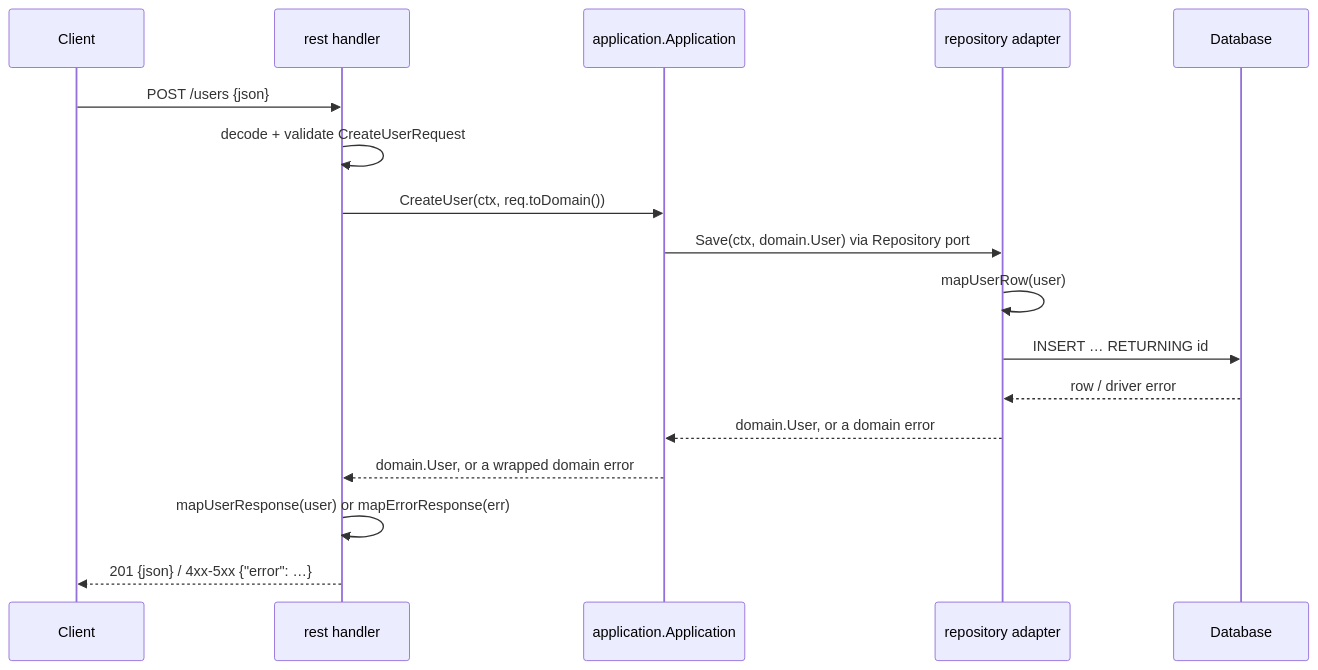
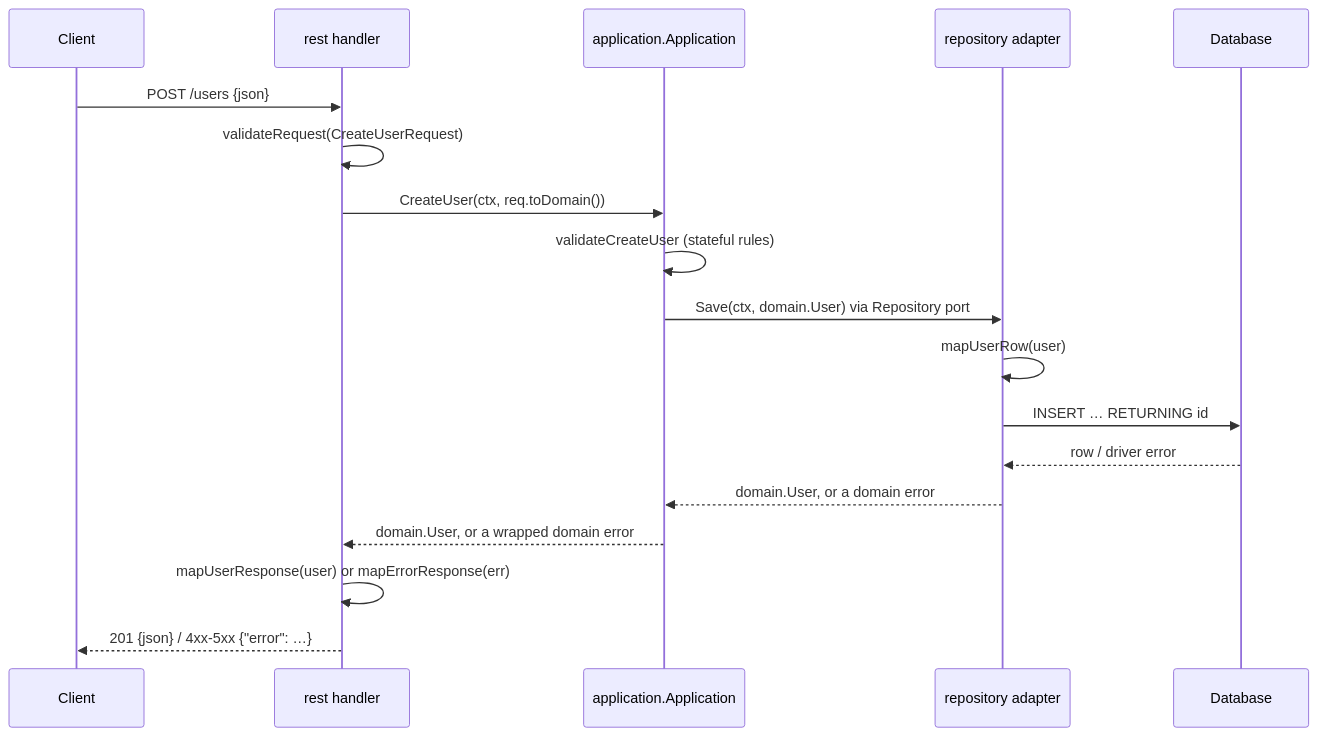
Before and after one commit to drew138/.dotfiles: the second of 2 diagrams in roles/ai/files/skills/go-service/references/architecture.md, drawn with Mermaid. The commit also changed other lines of this file and 61 other files, not shown here.

````diff
--- a/roles/ai/files/skills/go-service/references/architecture.md
+++ b/roles/ai/files/skills/go-service/references/architecture.md
@@ -40,20 +40,21 @@
 ```mermaid
 sequenceDiagram
     participant C as Client
     participant H as rest handler
     participant S as application.Application
     participant R as repository adapter
     participant DB as Database
 
     C->>H: POST /users {json}
-    H->>H: decode + validate CreateUserRequest
+    H->>H: validateRequest(CreateUserRequest)
     H->>S: CreateUser(ctx, req.toDomain())
+    S->>S: validateCreateUser (stateful rules)
     S->>R: Save(ctx, domain.User) via Repository port
     R->>R: mapUserRow(user)
     R->>DB: INSERT … RETURNING id
     DB-->>R: row / driver error
     R-->>S: domain.User, or a domain error
     S-->>H: domain.User, or a wrapped domain error
     H->>H: mapUserResponse(user) or mapErrorResponse(err)
     H-->>C: 201 {json} / 4xx-5xx {"error": …}
 ```
````
